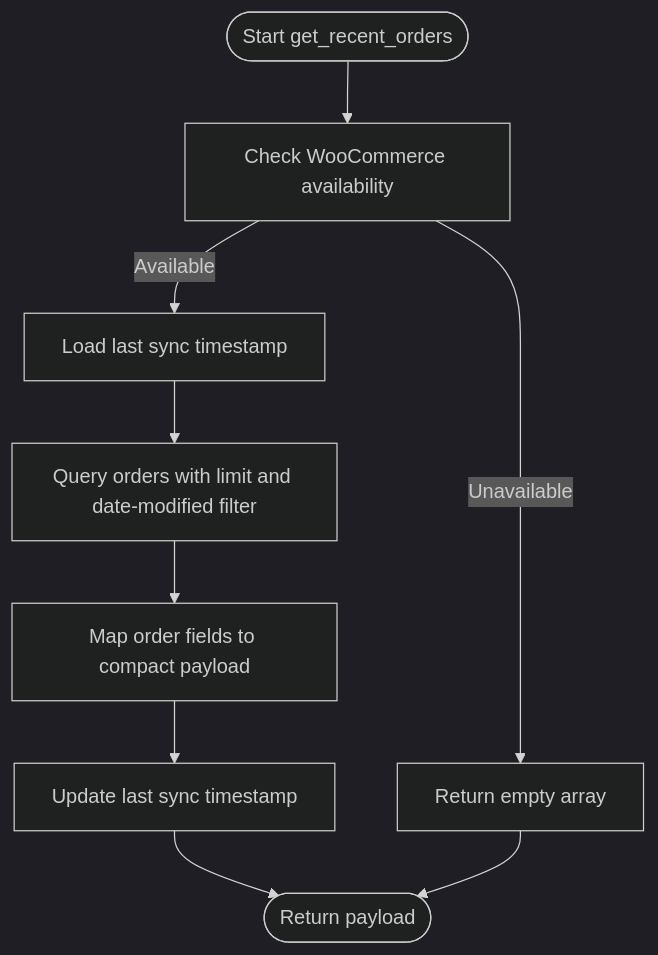
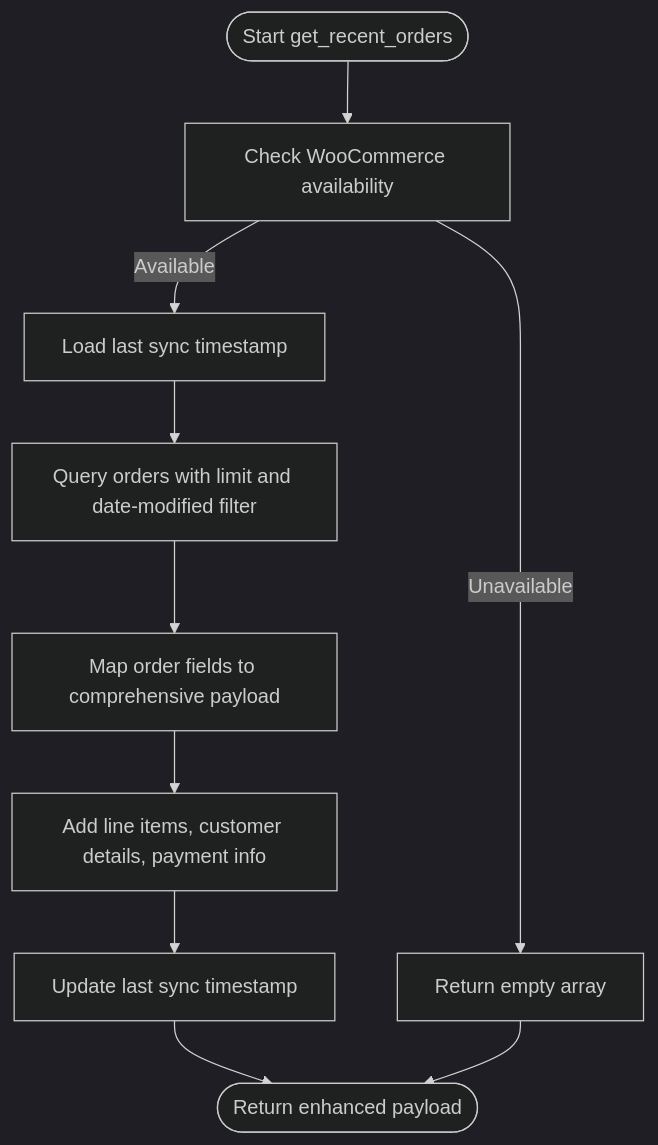
One commit to FCS-WP/website_portal changed the third of 5 diagrams in .qoder/repowiki/en/content/WordPress Agent Integration/Order Synchronization.md. Above: the diagram before and after it, drawn with Mermaid (dark theme). The commit also changed other lines of this file and 30 other files, not shown here.

````diff
--- a/.qoder/repowiki/en/content/WordPress Agent Integration/Order Synchronization.md
+++ b/.qoder/repowiki/en/content/WordPress Agent Integration/Order Synchronization.md
@@ -134,11 +224,12 @@
 ```mermaid
 flowchart TD
 Start(["Start get_recent_orders"]) --> CheckWC["Check WooCommerce availability"]
 CheckWC --> |Unavailable| ReturnEmpty["Return empty array"]
 CheckWC --> |Available| LoadLast["Load last sync timestamp"]
 LoadLast --> QueryOrders["Query orders with limit and date-modified filter"]
-QueryOrders --> BuildPayload["Map order fields to compact payload"]
-BuildPayload --> UpdateTS["Update last sync timestamp"]
-UpdateTS --> Done(["Return payload"])
+QueryOrders --> BuildPayload["Map order fields to comprehensive payload"]
+BuildPayload --> EnrichData["Add line items, customer details, payment info"]
+EnrichData --> UpdateTS["Update last sync timestamp"]
+UpdateTS --> Done(["Return enhanced payload"])
 ReturnEmpty --> Done
 ```
````
